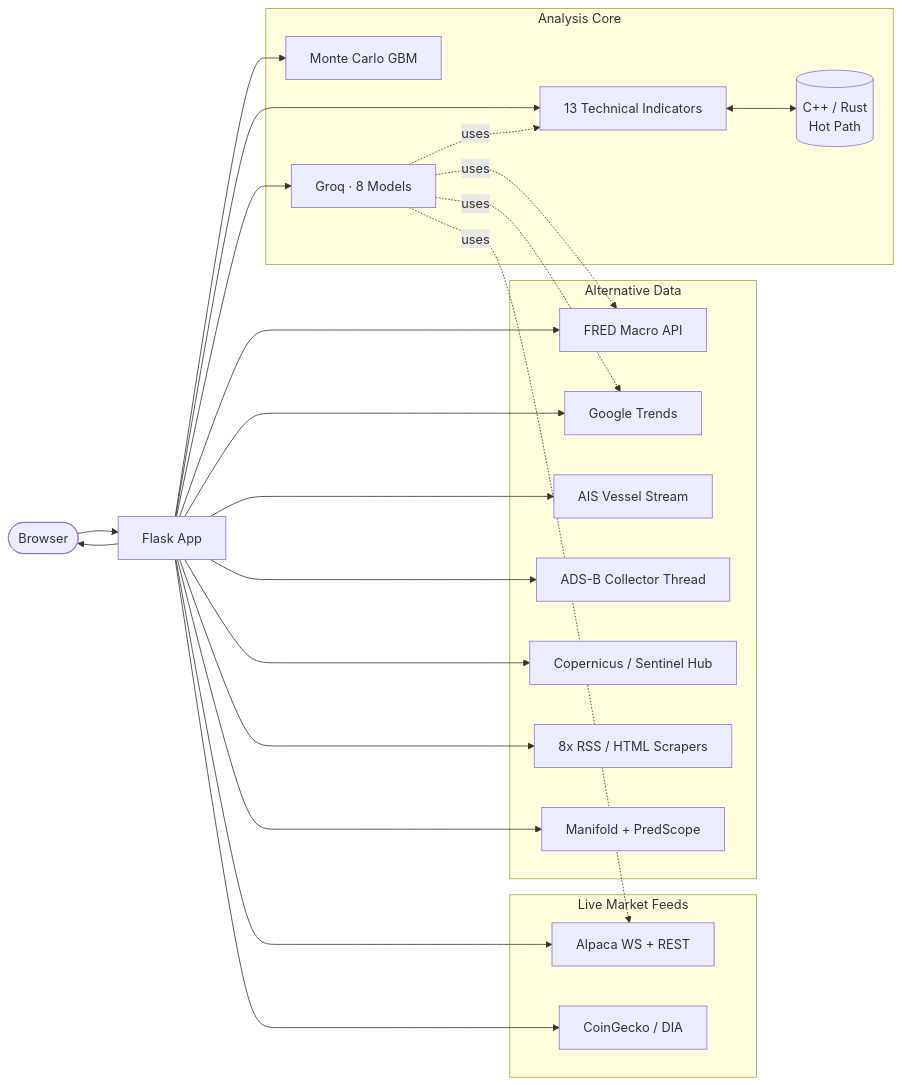
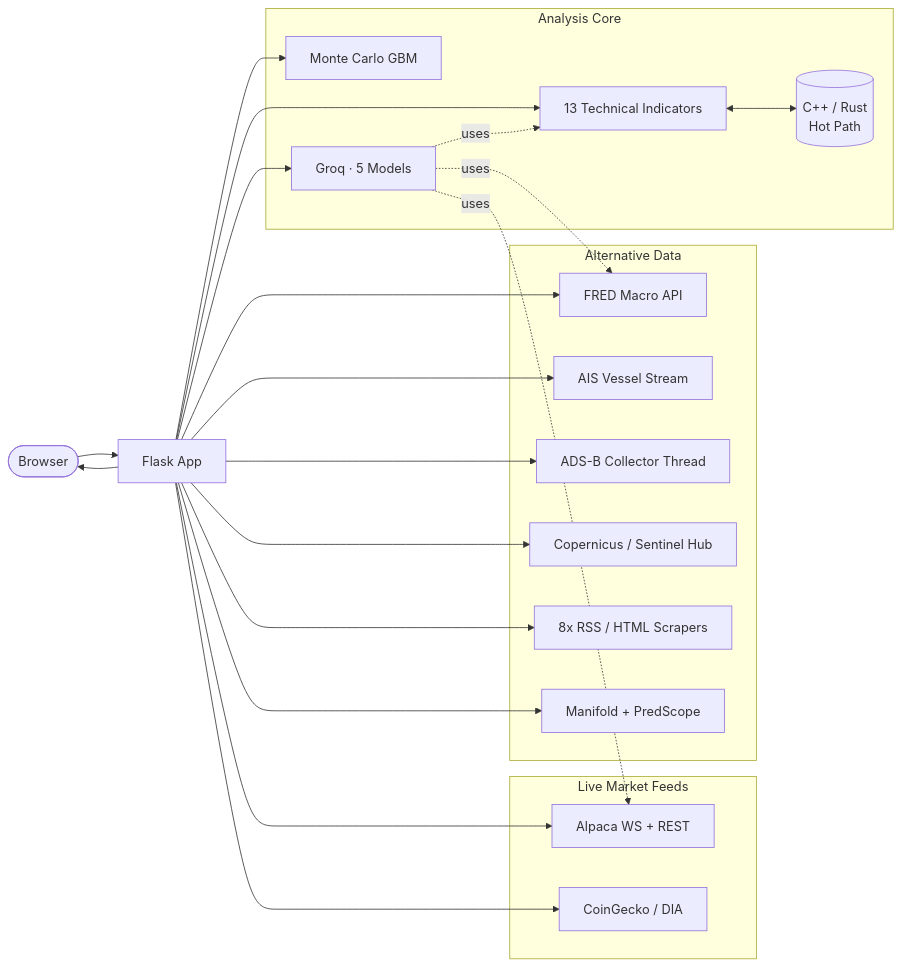
The diagram in README.md (antonbeski/STARFISH), drawn with Mermaid before and after one commit. The commit also changed other lines of this file, not shown here.

````diff
--- a/README.md
+++ b/README.md
@@ -279,45 +269,42 @@
 ```mermaid
 flowchart LR
     U([Browser]) --> APP[Flask App]
 
     subgraph LIVE["Live Market Feeds"]
         ALP[Alpaca WS + REST]
         CG[CoinGecko / DIA]
     end
 
     subgraph ALT["Alternative Data"]
         FRED[FRED Macro API]
-        TRENDS[Google Trends]
         AIS[AIS Vessel Stream]
         ADSB[ADS-B Collector Thread]
         SAT[Copernicus / Sentinel Hub]
         NEWS[8x RSS / HTML Scrapers]
         PM[Manifold + PredScope]
     end
 
     subgraph CORE["Analysis Core"]
         IND[13 Technical Indicators]
         NATIVE[(C++ / Rust\nHot Path)]
         GBM[Monte Carlo GBM]
-        AI[Groq · 8 Models]
+        AI[Groq · 5 Models]
     end
 
     APP --> ALP
     APP --> CG
     APP --> FRED
-    APP --> TRENDS
     APP --> AIS
     APP --> ADSB
     APP --> SAT
     APP --> NEWS
     APP --> PM
     APP --> IND
     IND <--> NATIVE
     APP --> GBM
     APP --> AI
     AI -.uses.-> IND
     AI -.uses.-> FRED
-    AI -.uses.-> TRENDS
     AI -.uses.-> ALP
     APP --> U
 ```
````
